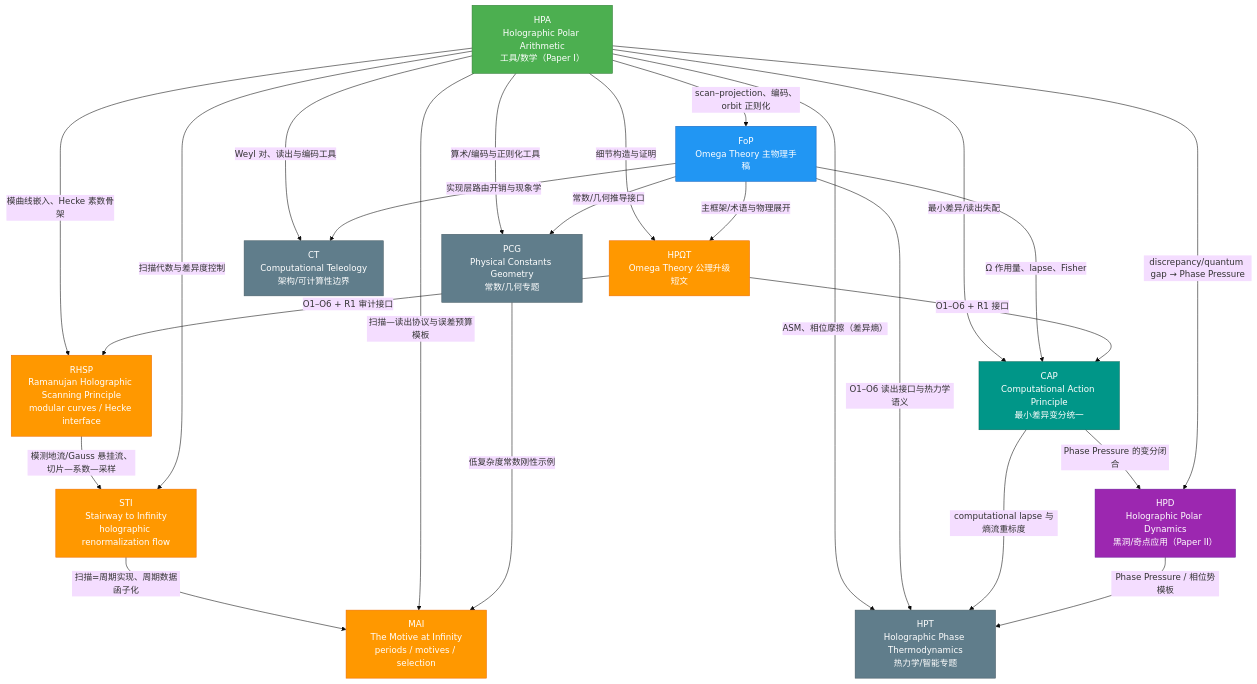
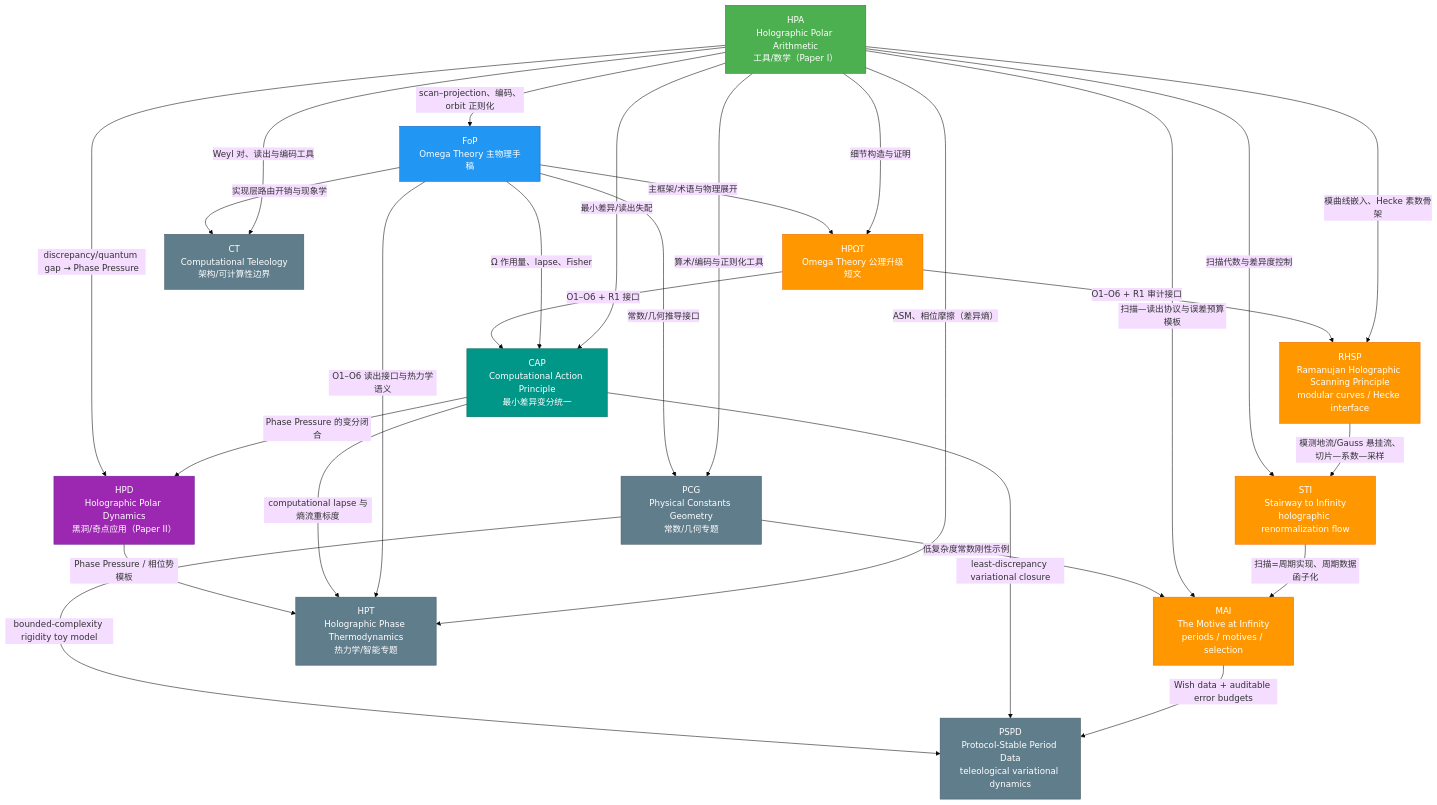
Before and after one commit to loning/the-omega: the diagram in docs/papers/index.md, drawn with Mermaid (base theme). The commit also changed other lines of this file and 39 other files, not shown here.

````diff
--- a/docs/papers/index.md
+++ b/docs/papers/index.md
@@ -25,57 +26,62 @@
 ```mermaid
 flowchart TB
   HPA["HPA<br/>Holographic Polar Arithmetic<br/>工具/数学（Paper I）"]
   FoP["FoP<br/>Omega Theory 主物理手稿"]
   HPOT["HPΩT<br/>Omega Theory 公理升级短文"]
   RHSP["RHSP<br/>Ramanujan Holographic Scanning Principle<br/>modular curves / Hecke interface"]
   STI["STI<br/>Stairway to Infinity<br/>holographic renormalization flow"]
   MAI["MAI<br/>The Motive at Infinity<br/>periods / motives / selection"]
+  PSPD["PSPD<br/>Protocol-Stable Period Data<br/>teleological variational dynamics"]
   CAP["CAP<br/>Computational Action Principle<br/>最小差异变分统一"]
   HPT["HPT<br/>Holographic Phase Thermodynamics<br/>热力学/智能专题"]
   HPD["HPD<br/>Holographic Polar Dynamics<br/>黑洞/奇点应用（Paper II）"]
   PCG["PCG<br/>Physical Constants Geometry<br/>常数/几何专题"]
   CT["CT<br/>Computational Teleology<br/>架构/可计算性边界"]
 
   HPA -->|"scan–projection、编码、orbit 正则化"| FoP
   HPA -->|"细节构造与证明"| HPOT
   FoP -->|"主框架/术语与物理展开"| HPOT
   HPA -->|"模曲线嵌入、Hecke 素数骨架"| RHSP
   HPOT -->|"O1–O6 + R1 审计接口"| RHSP
   RHSP -->|"模测地流/Gauss 悬挂流、切片—系数—采样"| STI
   HPA -->|"扫描代数与差异度控制"| STI
   STI -->|"扫描=周期实现、周期数据函子化"| MAI
   HPA -->|"扫描—读出协议与误差预算模板"| MAI
   PCG -->|"低复杂度常数刚性示例"| MAI
+  MAI -->|"Wish data + auditable error budgets"| PSPD
+  CAP -->|"least-discrepancy variational closure"| PSPD
+  PCG -->|"bounded-complexity rigidity toy model"| PSPD
   HPA -->|"最小差异/读出失配"| CAP
   FoP -->|"Ω 作用量、lapse、Fisher"| CAP
   HPOT -->|"O1–O6 + R1 接口"| CAP
   HPA -->|"ASM、相位摩擦（差异熵）"| HPT
   FoP -->|"O1–O6 读出接口与热力学语义"| HPT
   CAP -->|"computational lapse 与熵流重标度"| HPT
   HPD -->|"Phase Pressure / 相位势模板"| HPT
   CAP -->|"Phase Pressure 的变分闭合"| HPD
   HPA -->|"discrepancy/quantum gap → Phase Pressure"| HPD
   HPA -->|"Weyl 对、读出与编码工具"| CT
   FoP -->|"实现层路由开销与现象学"| CT
   HPA -->|"算术/编码与正则化工具"| PCG
   FoP -->|"常数/几何推导接口"| PCG
 
   classDef tool fill:#4CAF50,stroke:#2E7D32,color:#FFFFFF;
   classDef core fill:#2196F3,stroke:#1565C0,color:#FFFFFF;
   classDef note fill:#FF9800,stroke:#EF6C00,color:#FFFFFF;
   classDef app fill:#9C27B0,stroke:#6A1B9A,color:#FFFFFF;
   classDef unify fill:#009688,stroke:#00695C,color:#FFFFFF;
   classDef topic fill:#607D8B,stroke:#455A64,color:#FFFFFF;
 
   class HPA tool;
   class FoP core;
   class HPOT note;
   class RHSP note;
   class STI note;
   class MAI note;
   class HPT topic;
   class HPD app;
   class CAP unify;
   class PCG topic;
   class CT topic;
+  class PSPD topic;
 ```
````
